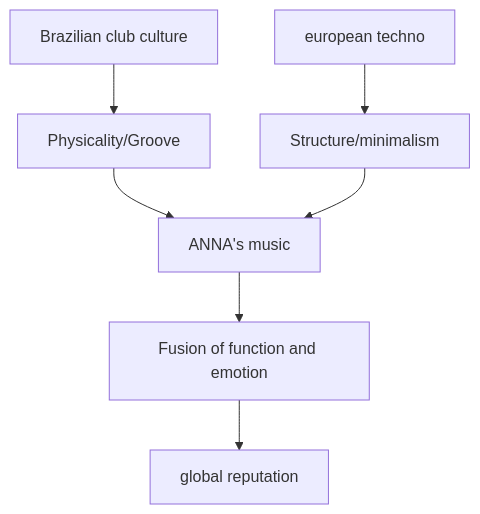
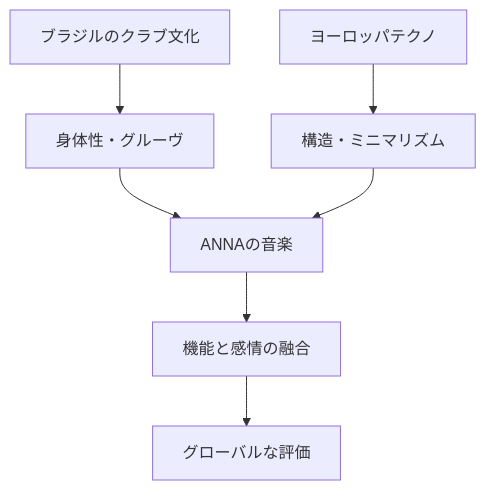
Before and after one commit to monumental-movement/monumental-movement.github.io: the second of 2 diagrams in en/_posts/2026-05-09-column-anna-techno.md, drawn with Mermaid. The commit also changed other lines of this file and 2196 other files, not shown here.

```diff
--- a/en/_posts/2026-05-09-column-anna-techno.md
+++ b/en/_posts/2026-05-09-column-anna-techno.md
@@ -152,9 +151,9 @@
 <div class="mermaid">
 graph TD
-    A[Brazilian club culture] --> B[Physicality/Groove]
-    C[european techno] --> D[Structure/minimalism]
-    B --> E[ANNA's music]
+    A[ブラジルのクラブ文化] --> B[身体性・グルーヴ]
+    C[ヨーロッパテクノ] --> D[構造・ミニマリズム]
+    B --> E[ANNAの音楽]
     D --> E
-    E --> F[Fusion of function and emotion]
-    F --> G[global reputation]
+    E --> F[機能と感情の融合]
+    F --> G[グローバルな評価]
 </div>
```
